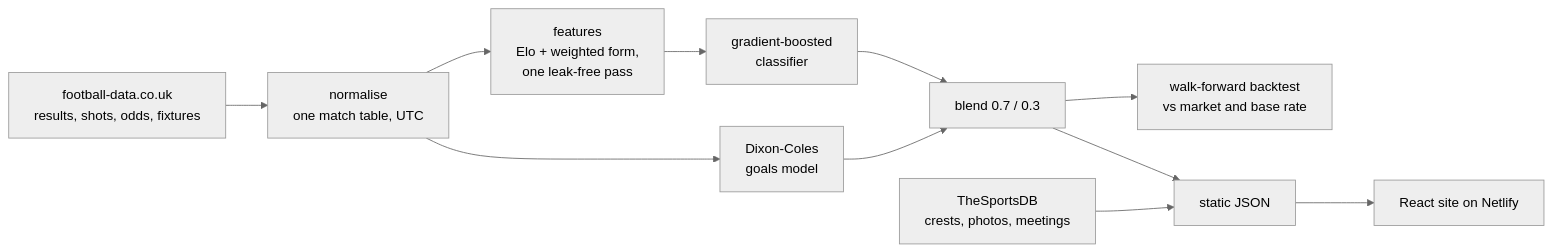
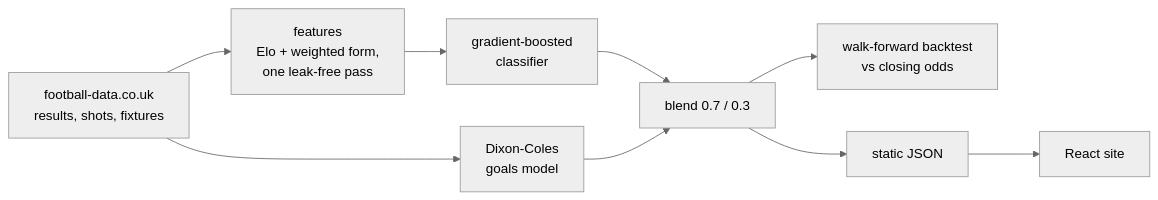
Before and after one commit to amtrevisan/LaLigaPredictor: the diagram in README.md, drawn with Mermaid (neutral theme). The commit also changed other lines of this file, not shown here.

First line of the commit message:
Rewrite the README around results and screenshots

````diff
--- a/README.md
+++ b/README.md
@@ -40,13 +49,11 @@
 ```mermaid
 flowchart LR
-  A[football-data.co.uk<br/>results, shots, odds, fixtures] --> B[normalise<br/>one match table, UTC]
-  B --> C[features<br/>Elo + weighted form,<br/>one leak-free pass]
-  C --> D[gradient-boosted<br/>classifier]
-  B --> E[Dixon-Coles<br/>goals model]
-  D --> F[blend 0.7 / 0.3]
-  E --> F
-  F --> G[walk-forward backtest<br/>vs market and base rate]
-  F --> H[static JSON]
-  T[TheSportsDB<br/>crests, photos, meetings] --> H
-  H --> I[React site on Netlify]
+  A[football-data.co.uk<br/>results, shots, fixtures] --> B[features<br/>Elo + weighted form,<br/>one leak-free pass]
+  B --> C[gradient-boosted<br/>classifier]
+  A --> D[Dixon-Coles<br/>goals model]
+  C --> E[blend 0.7 / 0.3]
+  D --> E
+  E --> F[walk-forward backtest<br/>vs closing odds]
+  E --> G[static JSON]
+  G --> H[React site]
 ```
````
